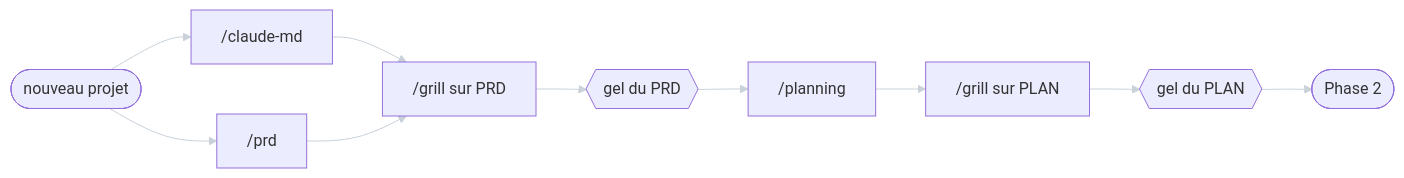
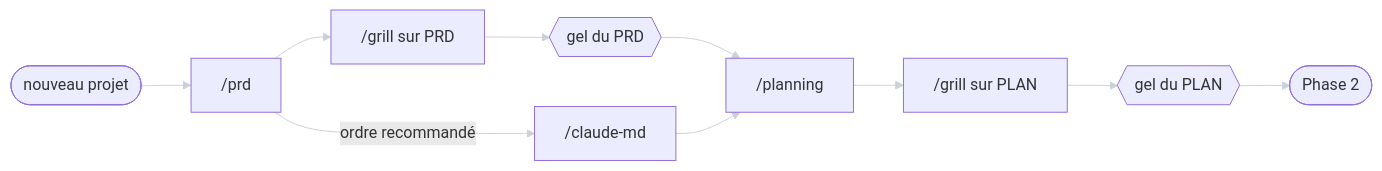
Before and after one commit to GMartin-Data/dotfiles: the ninth of 12 diagrams in docs/methodology/workflow-overview.md, drawn with Mermaid. The commit also changed other lines of this file, not shown here.

````diff
--- a/docs/methodology/workflow-overview.md
+++ b/docs/methodology/workflow-overview.md
@@ -343,13 +350,13 @@
 ```mermaid
 %%{init: {'themeVariables': {'lineColor': '#c9d1d9'}}}%%
 flowchart LR
-    S(["nouveau projet"]) --> A["/claude-md"]
-    S --> B["/prd"]
-    A --> C["/grill sur PRD"]
-    B --> C
+    S(["nouveau projet"]) --> B["/prd"]
+    B -->|"ordre recommandé"| A["/claude-md"]
+    B --> C["/grill sur PRD"]
     C --> D{{"gel du PRD"}}
     D --> E["/planning"]
+    A --> E
     E --> F["/grill sur PLAN"]
     F --> G{{"gel du PLAN"}}
     G --> H(["Phase 2"])
 ```
````
